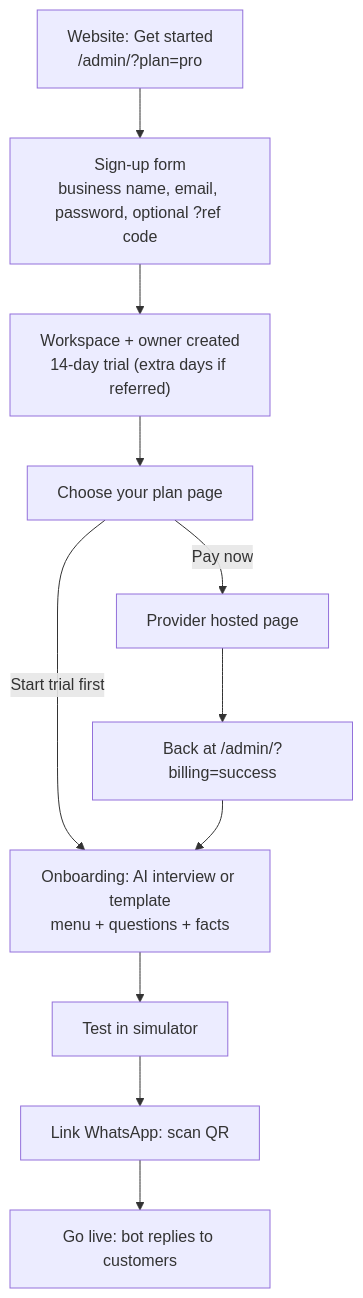
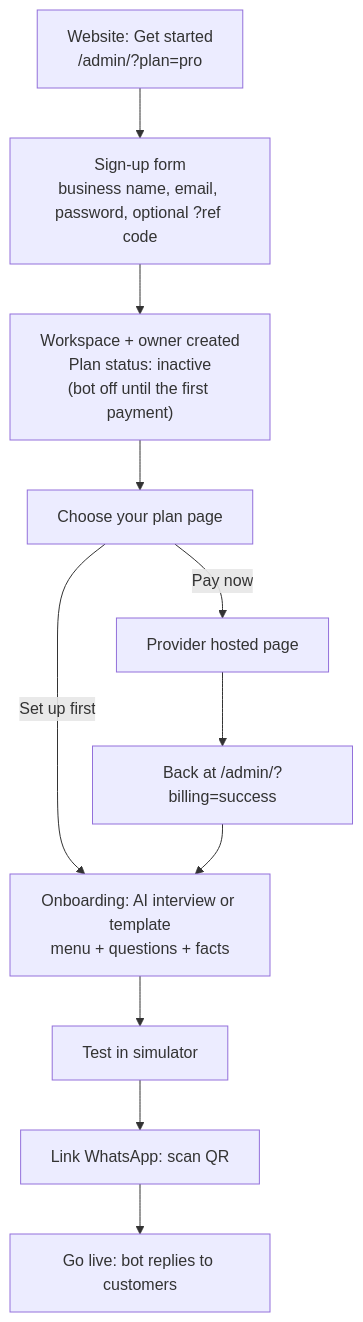
The fourth of 6 diagrams in docs/ARCHITECTURE.md (imshailesh593/whatsapp_chatbot), drawn with Mermaid before and after one commit. The commit also changed other lines of this file and 38 other files, not shown here.

Commit message:
Remove the free trial: a new business pays before its bot replies; trial codes and referral bonus days are gone; site, policies, docs and tests updated

````diff
--- a/docs/ARCHITECTURE.md
+++ b/docs/ARCHITECTURE.md
@@ -180,12 +180,12 @@
 ```mermaid
 flowchart TD
   A["Website: Get started<br/>/admin/?plan=pro"] --> B["Sign-up form<br/>business name, email, password, optional ?ref code"]
-  B --> C["Workspace + owner created<br/>14-day trial (extra days if referred)"]
+  B --> C["Workspace + owner created<br/>Plan status: inactive<br/>(bot off until the first payment)"]
   C --> D["Choose your plan page"]
   D -- Pay now --> P["Provider hosted page"]
-  D -- Start trial first --> E
+  D -- Set up first --> E
   P --> D2["Back at /admin/?billing=success"] --> E
   E["Onboarding: AI interview or template<br/>menu + questions + facts"] --> F["Test in simulator"]
   F --> G["Link WhatsApp: scan QR"]
   G --> H["Go live: bot replies to customers"]
 ```
````
